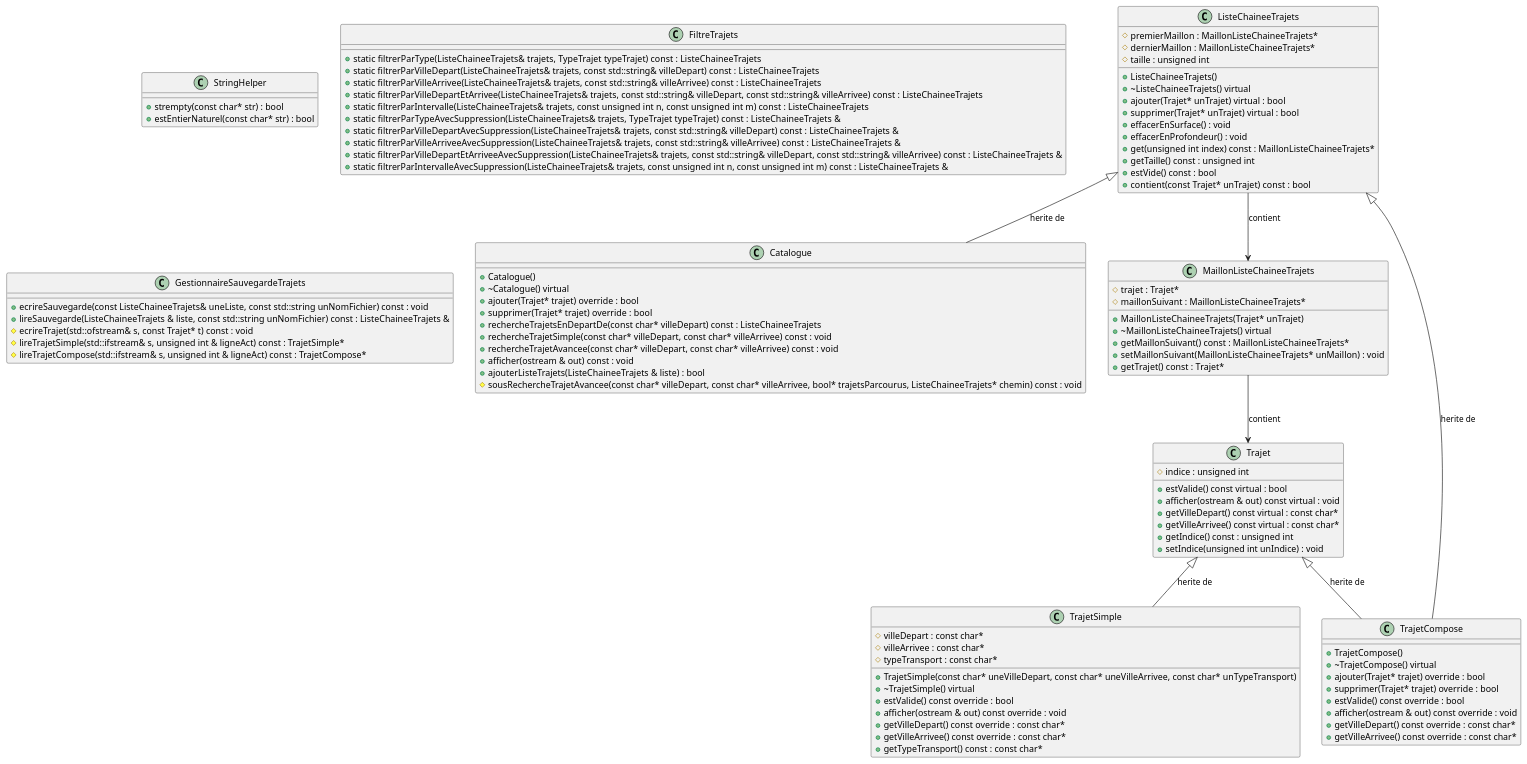
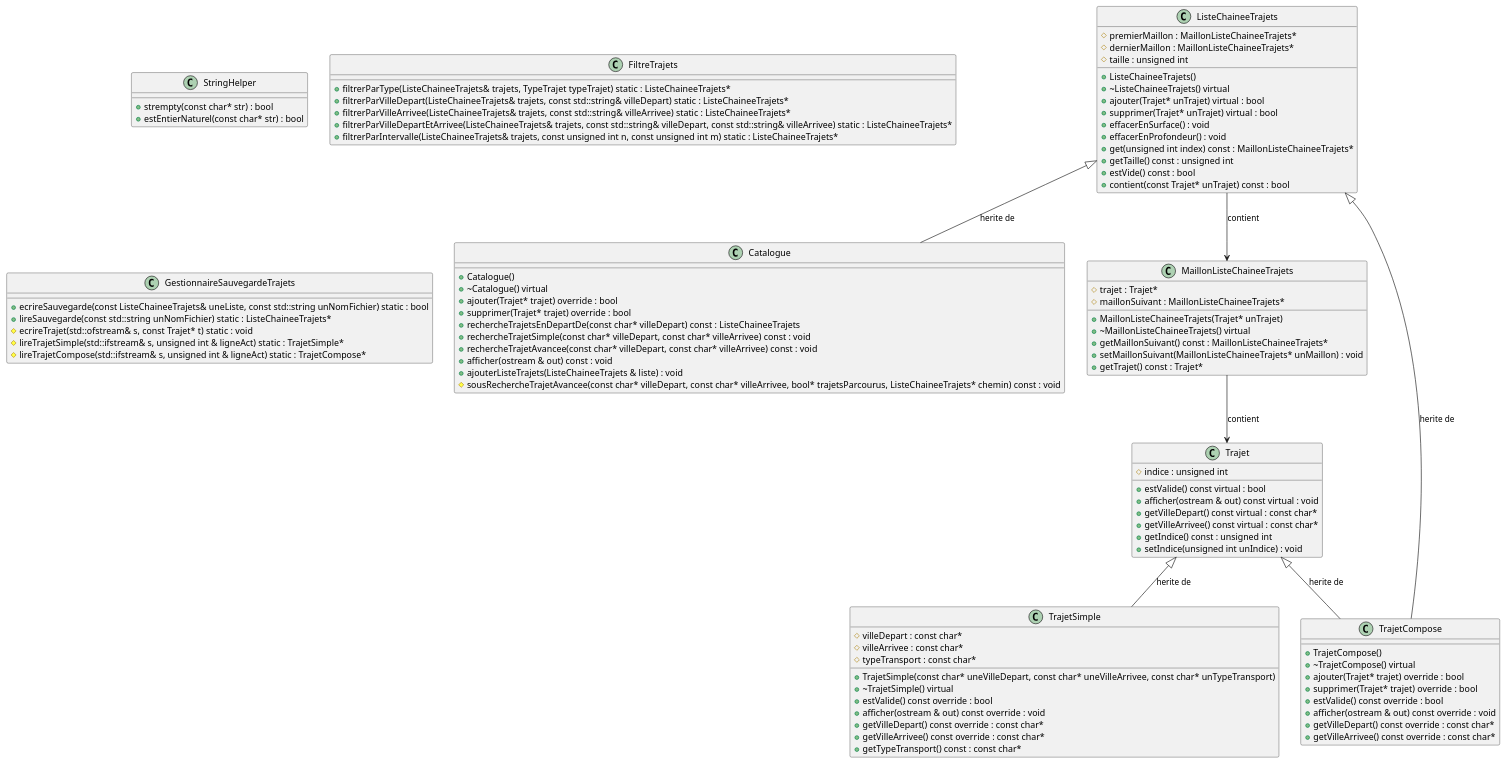
Before and after one commit to LogarithmeNeper/CPP_TP2: the diagram in doc/class-diagram.pu, drawn with PlantUML. The commit also changed 35 other files, not shown here.

```diff
--- a/doc/class-diagram.pu
+++ b/doc/class-diagram.pu
@@ -1,114 +1,109 @@
 @startuml
 
 class Catalogue {
   +Catalogue()
   +~Catalogue() virtual
   +ajouter(Trajet* trajet) override : bool
   +supprimer(Trajet* trajet) override : bool
   +rechercheTrajetsEnDepartDe(const char* villeDepart) const : ListeChaineeTrajets
   +rechercheTrajetSimple(const char* villeDepart, const char* villeArrivee) const : void
   +rechercheTrajetAvancee(const char* villeDepart, const char* villeArrivee) const : void
   +afficher(ostream & out) const : void
-  +ajouterListeTrajets(ListeChaineeTrajets & liste) : bool
+  +ajouterListeTrajets(ListeChaineeTrajets & liste) : void
   #sousRechercheTrajetAvancee(const char* villeDepart, const char* villeArrivee, bool* trajetsParcourus, ListeChaineeTrajets* chemin) const : void
 }
 
 class ListeChaineeTrajets {
   #premierMaillon : MaillonListeChaineeTrajets*
   #dernierMaillon : MaillonListeChaineeTrajets*
   #taille : unsigned int
   +ListeChaineeTrajets()
   +~ListeChaineeTrajets() virtual
   +ajouter(Trajet* unTrajet) virtual : bool
   +supprimer(Trajet* unTrajet) virtual : bool
   +effacerEnSurface() : void
   +effacerEnProfondeur() : void
   +get(unsigned int index) const : MaillonListeChaineeTrajets*
   +getTaille() const : unsigned int
   +estVide() const : bool
   +contient(const Trajet* unTrajet) const : bool
 }
 
 class MaillonListeChaineeTrajets {
   #trajet : Trajet*
   #maillonSuivant : MaillonListeChaineeTrajets*
   +MaillonListeChaineeTrajets(Trajet* unTrajet)
   +~MaillonListeChaineeTrajets() virtual
   +getMaillonSuivant() const : MaillonListeChaineeTrajets*
   +setMaillonSuivant(MaillonListeChaineeTrajets* unMaillon) : void
   +getTrajet() const : Trajet*
 }
 
 class StringHelper {
   +strempty(const char* str) : bool
   +estEntierNaturel(const char* str) : bool
 }
 
 class Trajet {
   +estValide() const virtual : bool
   +afficher(ostream & out) const virtual : void
   +getVilleDepart() const virtual : const char*
   +getVilleArrivee() const virtual : const char*
   +getIndice() const : unsigned int
   +setIndice(unsigned int unIndice) : void
   #indice : unsigned int
 }
 
 class TrajetCompose  {
   +TrajetCompose()
   +~TrajetCompose() virtual
   +ajouter(Trajet* trajet) override : bool
   +supprimer(Trajet* trajet) override : bool
   +estValide() const override : bool
   +afficher(ostream & out) const override : void
   +getVilleDepart() const override : const char*
   +getVilleArrivee() const override : const char*
 }
 
 class TrajetSimple {
   #villeDepart : const char*
   #villeArrivee : const char*
   #typeTransport : const char*
   +TrajetSimple(const char* uneVilleDepart, const char* uneVilleArrivee, const char* unTypeTransport)
   +~TrajetSimple() virtual
   +estValide() const override : bool
   +afficher(ostream & out) const override : void
   +getVilleDepart() const override : const char*
   +getVilleArrivee() const override : const char*
   +getTypeTransport() const : const char*
 }
 
 class FiltreTrajets {
-  + static filtrerParType(ListeChaineeTrajets& trajets, TypeTrajet typeTrajet) const : ListeChaineeTrajets
-  + static filtrerParVilleDepart(ListeChaineeTrajets& trajets, const std::string& villeDepart) const : ListeChaineeTrajets
-  + static filtrerParVilleArrivee(ListeChaineeTrajets& trajets, const std::string& villeArrivee) const : ListeChaineeTrajets
-  + static filtrerParVilleDepartEtArrivee(ListeChaineeTrajets& trajets, const std::string& villeDepart, const std::string& villeArrivee) const : ListeChaineeTrajets
-  + static filtrerParIntervalle(ListeChaineeTrajets& trajets, const unsigned int n, const unsigned int m) const : ListeChaineeTrajets
-  + static filtrerParTypeAvecSuppression(ListeChaineeTrajets& trajets, TypeTrajet typeTrajet) const : ListeChaineeTrajets &
-  + static filtrerParVilleDepartAvecSuppression(ListeChaineeTrajets& trajets, const std::string& villeDepart) const : ListeChaineeTrajets &
-  + static filtrerParVilleArriveeAvecSuppression(ListeChaineeTrajets& trajets, const std::string& villeArrivee) const : ListeChaineeTrajets &
-  + static filtrerParVilleDepartEtArriveeAvecSuppression(ListeChaineeTrajets& trajets, const std::string& villeDepart, const std::string& villeArrivee) const : ListeChaineeTrajets &
-  + static filtrerParIntervalleAvecSuppression(ListeChaineeTrajets& trajets, const unsigned int n, const unsigned int m) const : ListeChaineeTrajets &
+  +filtrerParType(ListeChaineeTrajets& trajets, TypeTrajet typeTrajet) static : ListeChaineeTrajets*
+  +filtrerParVilleDepart(ListeChaineeTrajets& trajets, const std::string& villeDepart) static : ListeChaineeTrajets*
+  +filtrerParVilleArrivee(ListeChaineeTrajets& trajets, const std::string& villeArrivee) static : ListeChaineeTrajets*
+  +filtrerParVilleDepartEtArrivee(ListeChaineeTrajets& trajets, const std::string& villeDepart, const std::string& villeArrivee) static : ListeChaineeTrajets*
+  +filtrerParIntervalle(ListeChaineeTrajets& trajets, const unsigned int n, const unsigned int m) static : ListeChaineeTrajets*
 }
 
 class GestionnaireSauvegardeTrajets {
-  +ecrireSauvegarde(const ListeChaineeTrajets& uneListe, const std::string unNomFichier) const : void
-  +lireSauvegarde(ListeChaineeTrajets & liste, const std::string unNomFichier) const : ListeChaineeTrajets &
-  #ecrireTrajet(std::ofstream& s, const Trajet* t) const : void
-  #lireTrajetSimple(std::ifstream& s, unsigned int & ligneAct) const : TrajetSimple*
-  #lireTrajetCompose(std::ifstream& s, unsigned int & ligneAct) const : TrajetCompose*
+  +ecrireSauvegarde(const ListeChaineeTrajets& uneListe, const std::string unNomFichier) static : bool
+  +lireSauvegarde(const std::string unNomFichier) static : ListeChaineeTrajets*
+  #ecrireTrajet(std::ofstream& s, const Trajet* t) static : void
+  #lireTrajetSimple(std::ifstream& s, unsigned int & ligneAct) static : TrajetSimple*
+  #lireTrajetCompose(std::ifstream& s, unsigned int & ligneAct) static : TrajetCompose*
 }
 
 ListeChaineeTrajets <|-- Catalogue : "herite de"
 
 Trajet <|-- TrajetSimple : "herite de"
 
 Trajet <|-- TrajetCompose : "herite de"
 
 ListeChaineeTrajets <|-- TrajetCompose : "herite de"
 
 ListeChaineeTrajets --> MaillonListeChaineeTrajets : "contient"
 
 MaillonListeChaineeTrajets --> Trajet : "contient"
 
 @enduml
```
